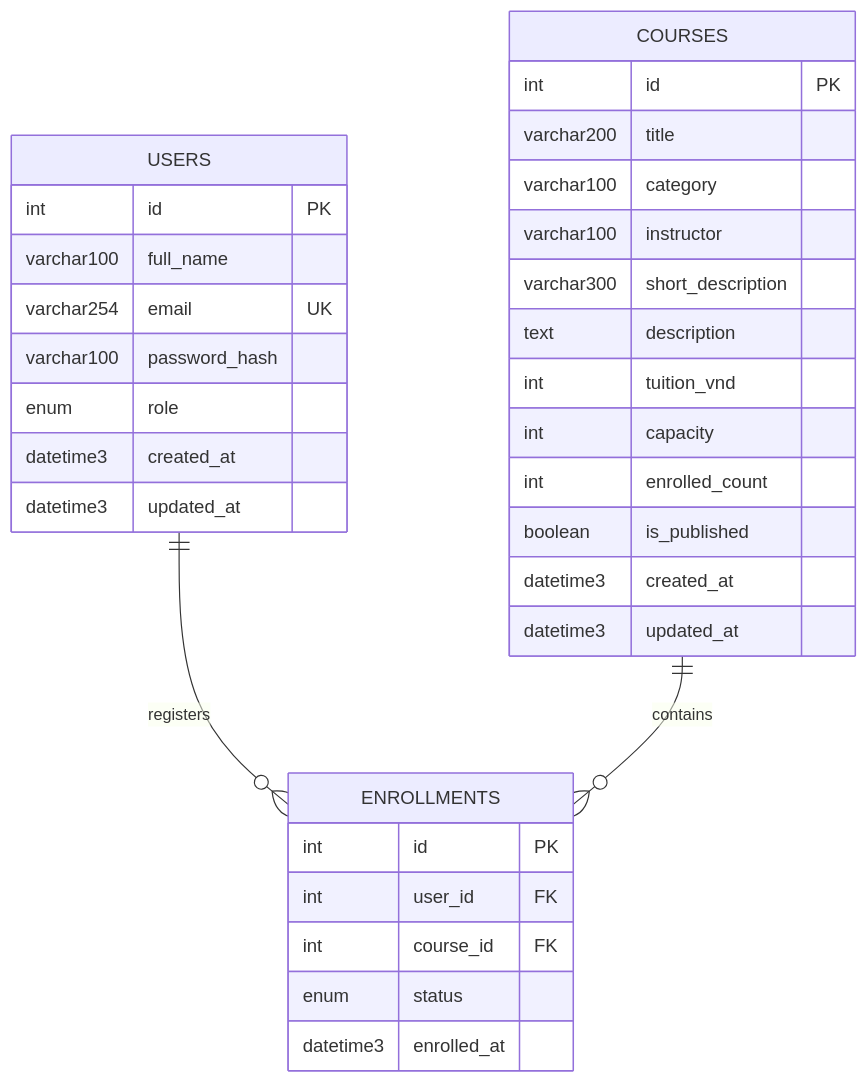
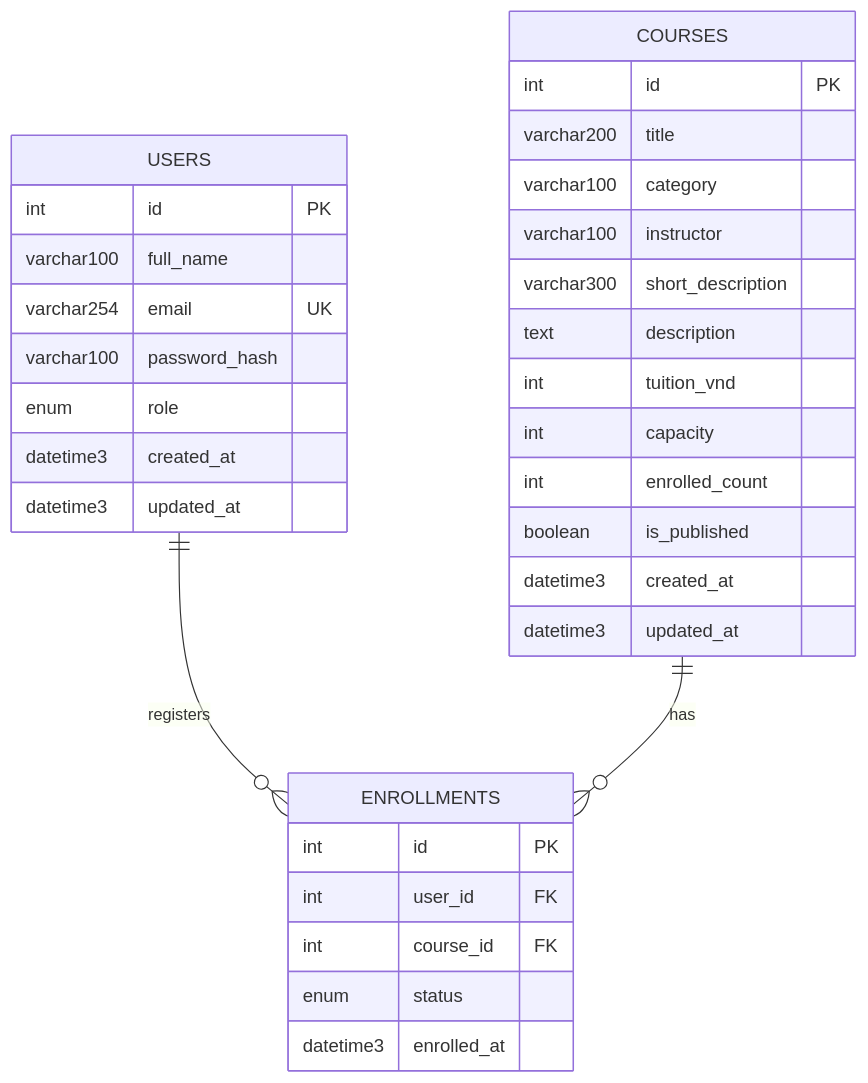
Before and after one commit to ngbio/pks-course-enrollment-portal: the diagram in docs/erd.md, drawn with Mermaid. The commit also changed 1 other file, not shown here.

Commit message:
fix(docs): update relationship description in ERD from 'contains' to 'has'

````diff
--- a/docs/erd.md
+++ b/docs/erd.md
@@ -3,35 +3,35 @@
 ```mermaid
 erDiagram
     USERS ||--o{ ENROLLMENTS : registers
-    COURSES ||--o{ ENROLLMENTS : contains
+    COURSES ||--o{ ENROLLMENTS : has
     USERS {
         int id PK
         varchar100 full_name
         varchar254 email UK
         varchar100 password_hash
         enum role
         datetime3 created_at
         datetime3 updated_at
     }
     COURSES {
         int id PK
         varchar200 title
         varchar100 category
         varchar100 instructor
         varchar300 short_description
         text description
         int tuition_vnd
         int capacity
         int enrolled_count
         boolean is_published
         datetime3 created_at
         datetime3 updated_at
     }
     ENROLLMENTS {
         int id PK
         int user_id FK
         int course_id FK
         enum status
         datetime3 enrolled_at
     }
 ```
````
